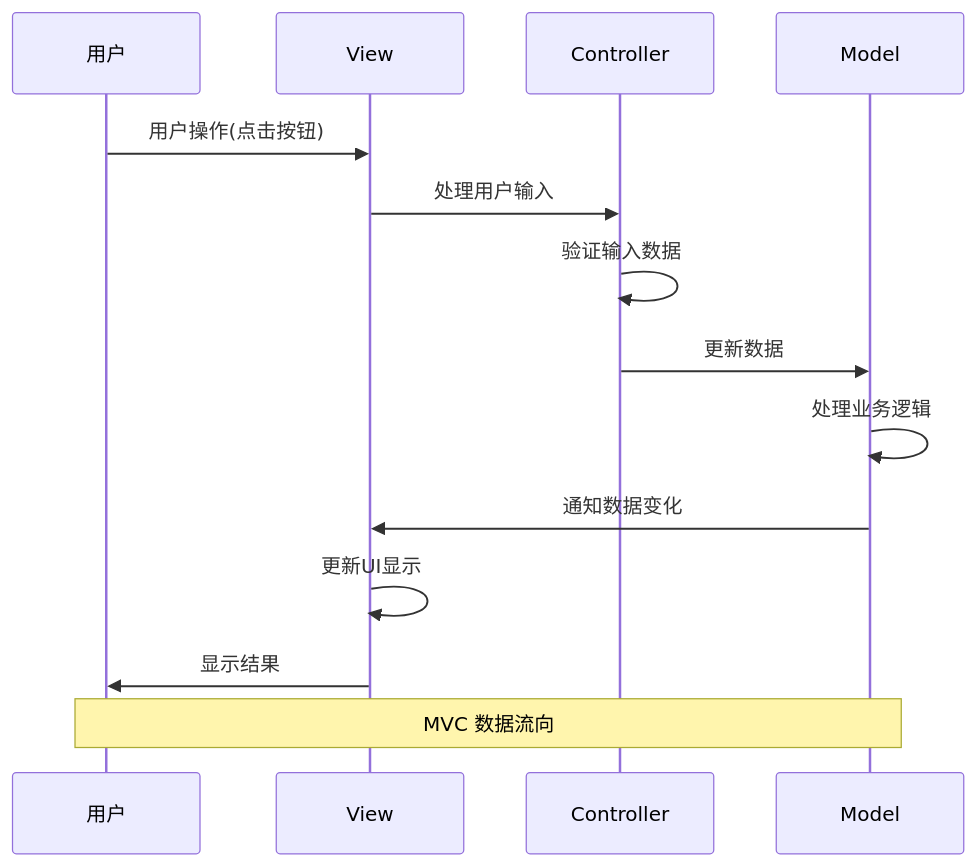
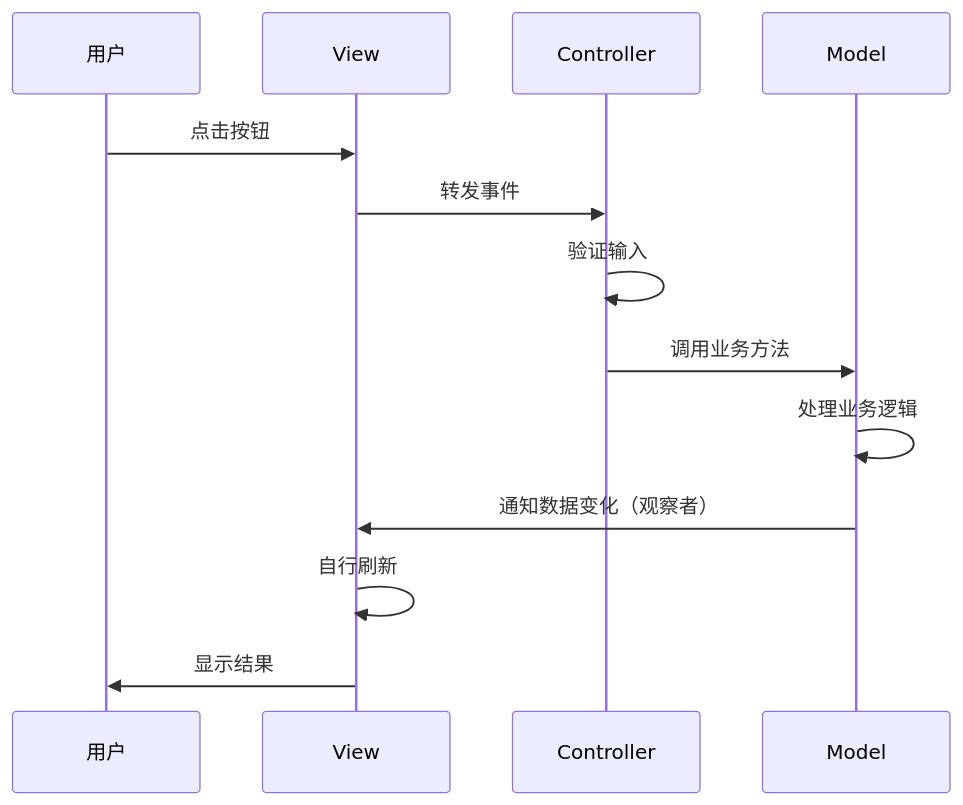
Before and after one commit to chongyang211/YCBookBlog: the eighth of 17 diagrams in 00.通用技术的提升/07.方案设计思想/卷一-架构与组件/01.通用架构设计方案.md, drawn with Mermaid. The commit also changed other lines of this file and 5 other files, not shown here.

````diff
--- a/00.通用技术的提升/07.方案设计思想/卷一-架构与组件/01.通用架构设计方案.md
+++ b/00.通用技术的提升/07.方案设计思想/卷一-架构与组件/01.通用架构设计方案.md
@@ -504,18 +295,16 @@
 ```mermaid
 sequenceDiagram
     participant User as 用户
     participant View as View
     participant Controller as Controller
     participant Model as Model
     
-    User->>View: 用户操作(点击按钮)
-    View->>Controller: 处理用户输入
-    Controller->>Controller: 验证输入数据
-    Controller->>Model: 更新数据
+    User->>View: 点击按钮
+    View->>Controller: 转发事件
+    Controller->>Controller: 验证输入
+    Controller->>Model: 调用业务方法
     Model->>Model: 处理业务逻辑
-    Model->>View: 通知数据变化
-    View->>View: 更新UI显示
+    Model->>View: 通知数据变化（观察者）
+    View->>View: 自行刷新
     View->>User: 显示结果
-    
-    Note over User,Model: MVC 数据流向
 ```
````
